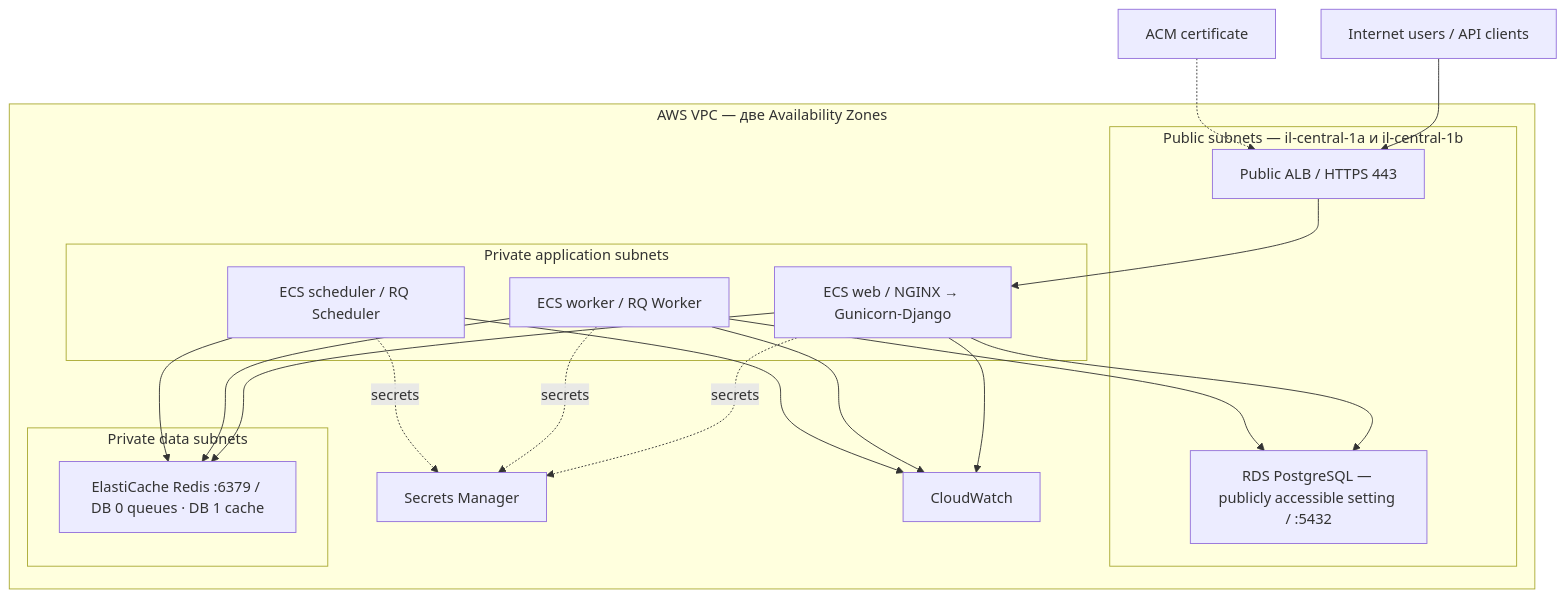
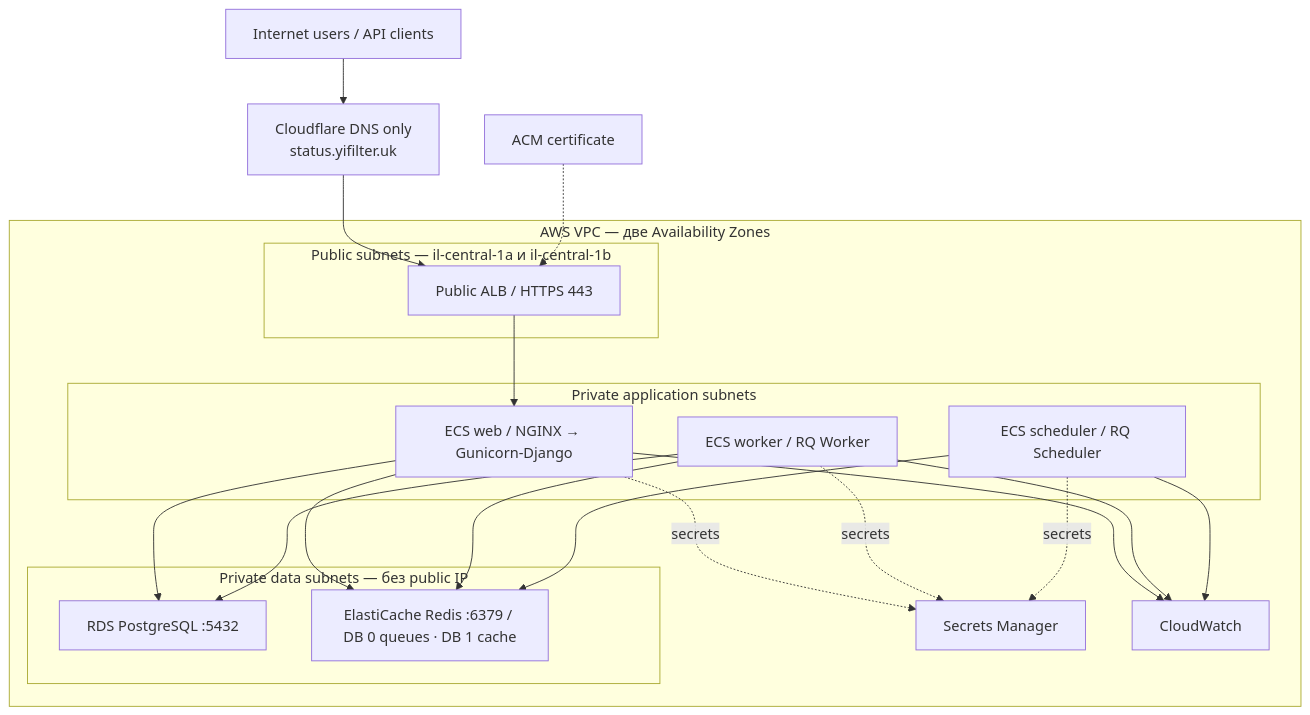
One commit to yinon-mitin/Status-Page changed the diagram in docs/ARCHITECTURE.ru.md. Above: the diagram before and after it, drawn with Mermaid. The commit also changed other lines of this file and 10 other files, not shown here.

Commit message:
Document private production architecture decisions

````diff
--- a/docs/ARCHITECTURE.ru.md
+++ b/docs/ARCHITECTURE.ru.md
@@ -30,27 +30,28 @@
 ```mermaid
 flowchart TB
-  U[Internet users / API clients] --> ALB[Public ALB / HTTPS 443]
+  U[Internet users / API clients] --> CF[Cloudflare DNS only\nstatus.yifilter.uk]
+  CF --> ALB[Public ALB / HTTPS 443]
   ACM[ACM certificate] -.-> ALB
   subgraph VPC[AWS VPC — две Availability Zones]
     subgraph PUB[Public subnets — il-central-1a и il-central-1b]
       ALB
-      RDS[RDS PostgreSQL — publicly accessible setting / :5432]
     end
     subgraph APP[Private application subnets]
       WEB[ECS web / NGINX → Gunicorn-Django]
       WKR[ECS worker / RQ Worker]
       SCH[ECS scheduler / RQ Scheduler]
     end
-    subgraph DATA[Private data subnets]
+    subgraph DATA[Private data subnets — без public IP]
+      RDS[RDS PostgreSQL :5432]
       REDIS[ElastiCache Redis :6379 / DB 0 queues · DB 1 cache]
     end
     SM[Secrets Manager]
     CW[CloudWatch]
   end
   ALB --> WEB
   WEB --> RDS & REDIS
   WKR --> RDS & REDIS
   SCH --> REDIS
   WEB & WKR & SCH -. secrets .-> SM
   WEB & WKR & SCH --> CW
 ```
````
